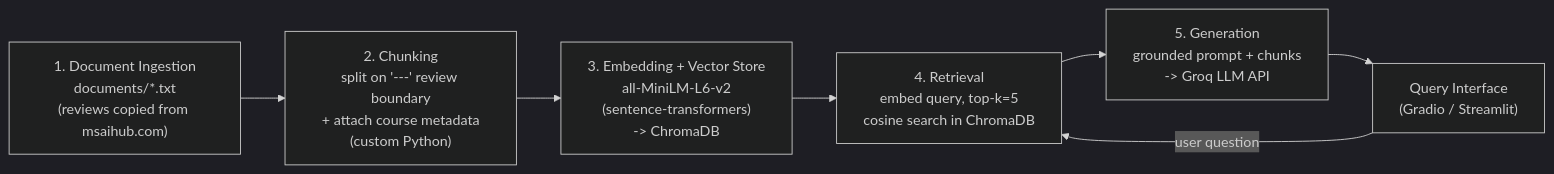
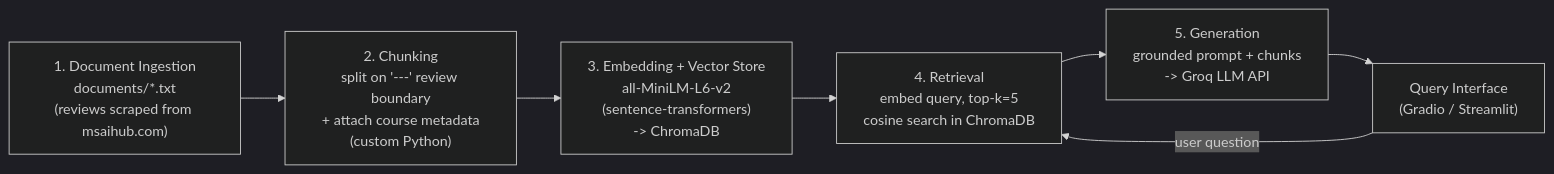
The diagram in planning.md (YashKakodkar/ai201-project1-unofficial-guide-starter), drawn with Mermaid (dark theme) before and after one commit. The commit also changed other lines of this file, not shown here.

````diff
--- a/planning.md
+++ b/planning.md
@@ -125,13 +125,13 @@
 ```mermaid
 flowchart LR
-    A["1. Document Ingestion<br/>documents/*.txt<br/>(reviews copied from msaihub.com)"]
+    A["1. Document Ingestion<br/>documents/*.txt<br/>(reviews scraped from msaihub.com)"]
     B["2. Chunking<br/>split on '---' review boundary<br/>+ attach course metadata<br/>(custom Python)"]
     C["3. Embedding + Vector Store<br/>all-MiniLM-L6-v2<br/>(sentence-transformers)<br/>-> ChromaDB"]
     D["4. Retrieval<br/>embed query, top-k=5<br/>cosine search in ChromaDB"]
     E["5. Generation<br/>grounded prompt + chunks<br/>-> Groq LLM API"]
     F["Query Interface<br/>(Gradio / Streamlit)"]
 
     A --> B --> C
     F -->|user question| D
     C --> D --> E --> F
 ```
````
